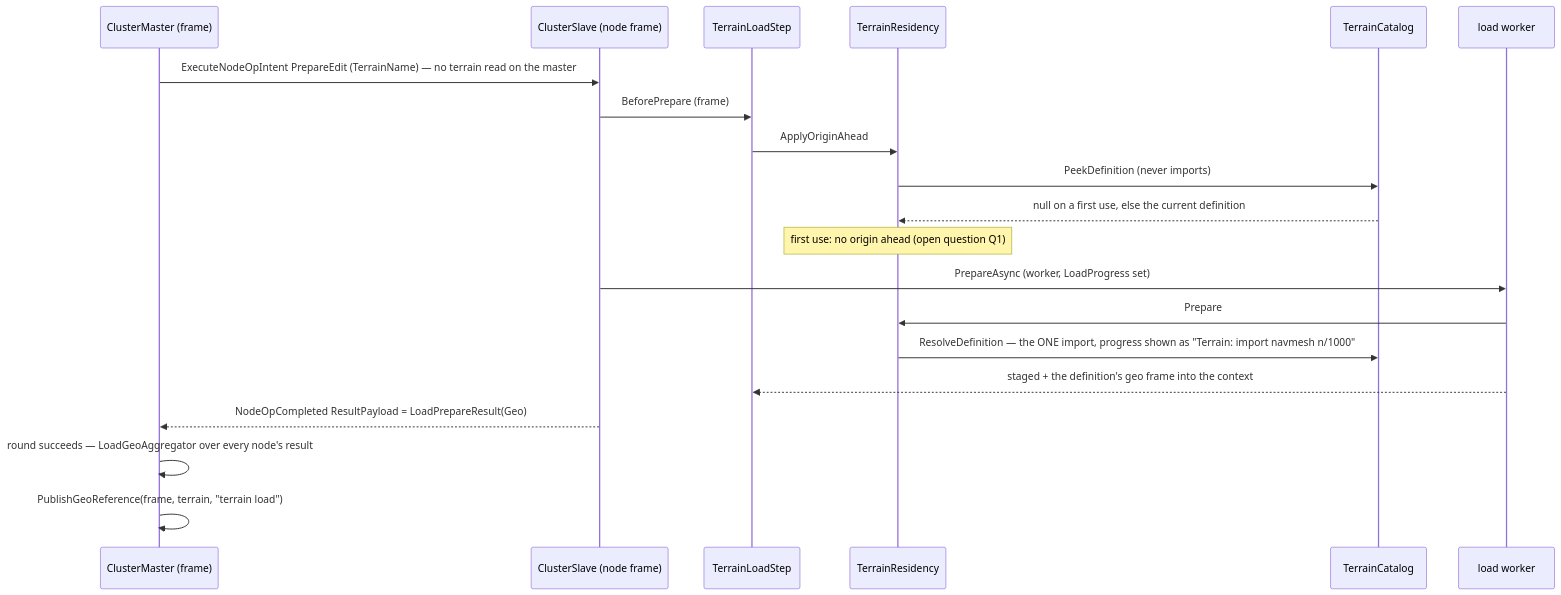
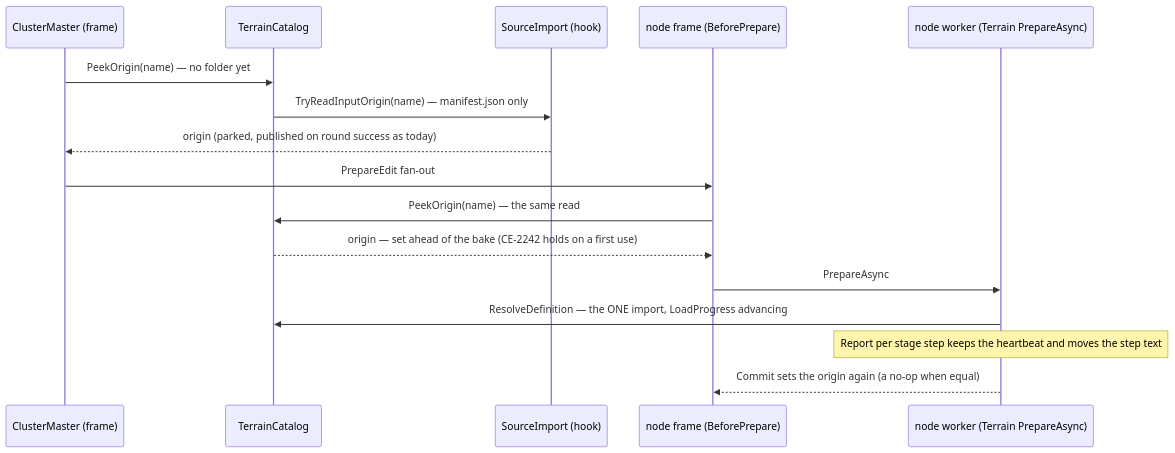
One commit to pjanec/HROT changed the second of 3 diagrams in docs/DESIGN_Load_GeoReference_From_Nodes.md. Above: the diagram before and after it, drawn with Mermaid. The commit also changed other lines of this file and 4 other files, not shown here.

First line of the commit message:
docs(terrain): DESIGN_Load_GeoReference_From_Nodes v2 after an independent review — the origin from the input set, no aggregator, no wire

````diff
--- a/docs/DESIGN_Load_GeoReference_From_Nodes.md
+++ b/docs/DESIGN_Load_GeoReference_From_Nodes.md
@@ -117,22 +86,18 @@
 ```mermaid
 sequenceDiagram
   participant M as ClusterMaster (frame)
-  participant S as ClusterSlave (node frame)
-  participant T as TerrainLoadStep
-  participant R as TerrainResidency
   participant C as TerrainCatalog
-  participant W as load worker
-  M->>S: ExecuteNodeOpIntent PrepareEdit (TerrainName) — no terrain read on the master
-  S->>T: BeforePrepare (frame)
-  T->>R: ApplyOriginAhead
-  R->>C: PeekDefinition (never imports)
-  C-->>R: null on a first use, else the current definition
-  Note over R: first use: no origin ahead (open question Q1)
-  S->>W: PrepareAsync (worker, LoadProgress set)
-  W->>R: Prepare
-  R->>C: ResolveDefinition — the ONE import, progress shown as "Terrain: import navmesh n/1000"
-  W-->>T: staged + the definition's geo frame into the context
-  S-->>M: NodeOpCompleted ResultPayload = LoadPrepareResult(Geo)
-  M->>M: round succeeds — LoadGeoAggregator over every node's result
-  M->>M: PublishGeoReference(frame, terrain, "terrain load")
+  participant H as SourceImport (hook)
+  participant S as node frame (BeforePrepare)
+  participant W as node worker (Terrain PrepareAsync)
+  M->>C: PeekOrigin(name) — no folder yet
+  C->>H: TryReadInputOrigin(name) — manifest.json only
+  H-->>M: origin (parked, published on round success as today)
+  M->>S: PrepareEdit fan-out
+  S->>C: PeekOrigin(name) — the same read
+  C-->>S: origin — set ahead of the bake (CE-2242 holds on a first use)
+  S->>W: PrepareAsync
+  W->>C: ResolveDefinition — the ONE import, LoadProgress advancing
+  Note over W: Report per stage step keeps the heartbeat and moves the step text
+  W-->>S: Commit sets the origin again (a no-op when equal)
 ```
````
